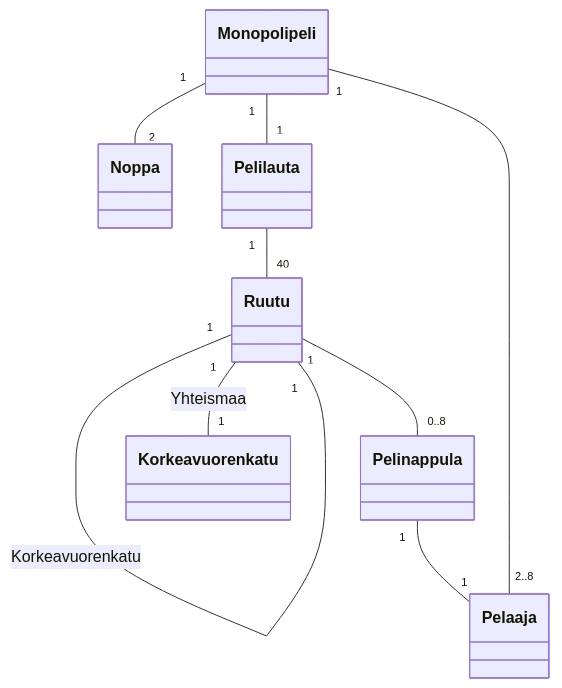
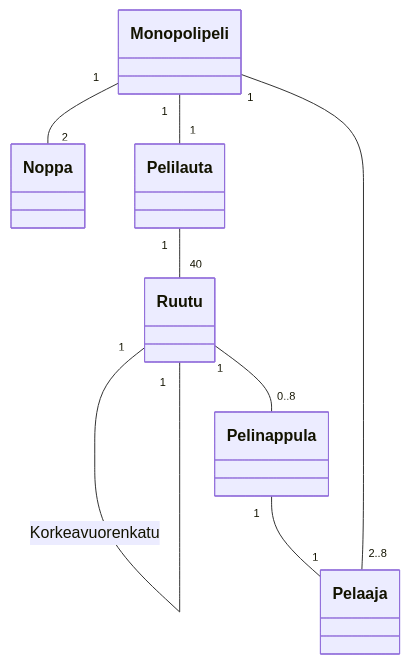
Before and after one commit to karvakasa/ot-harjoitustyo: the diagram in laskarit/viikko3/monopoli.md, drawn with Mermaid.

Commit message:
monopoly.md

````diff
--- a/laskarit/viikko3/monopoli.md
+++ b/laskarit/viikko3/monopoli.md
@@ -3,11 +3,10 @@
 ```mermaid
  classDiagram
     Monopolipeli "1" -- "2" Noppa
     Monopolipeli "1" -- "1" Pelilauta
     Pelilauta "1" -- "40" Ruutu
     Ruutu "1" -- "1" Ruutu : Korkeavuorenkatu
     Ruutu "1" -- "0..8" Pelinappula
     Pelinappula "1" -- "1" Pelaaja
     Pelaaja "2..8" -- "1" Monopolipeli
-    Ruutu "1" -- "1" Korkeavuorenkatu : Yhteismaa
 ```
````
